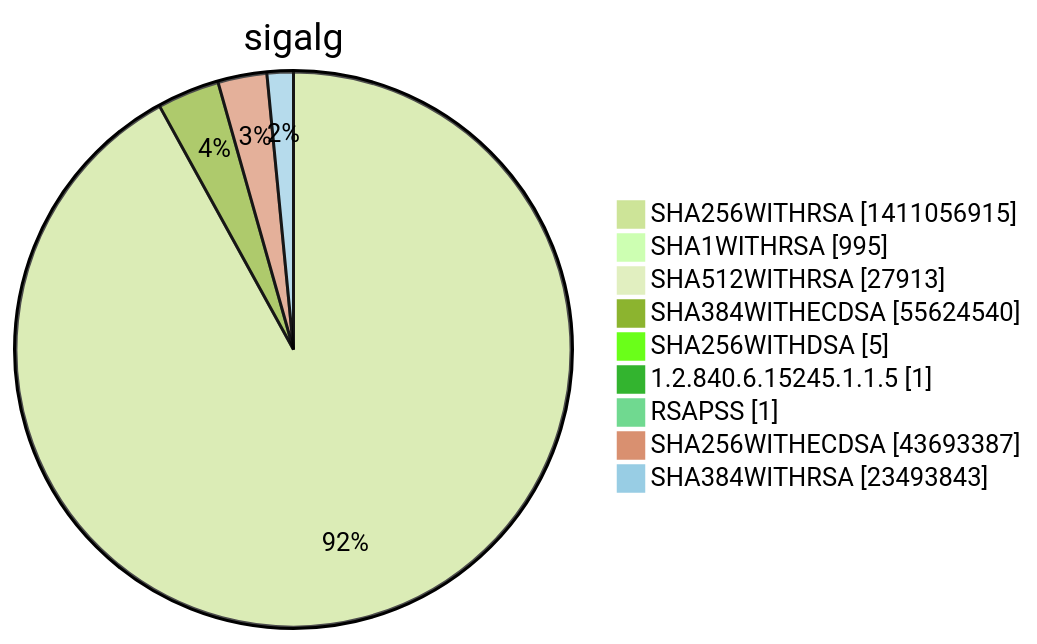
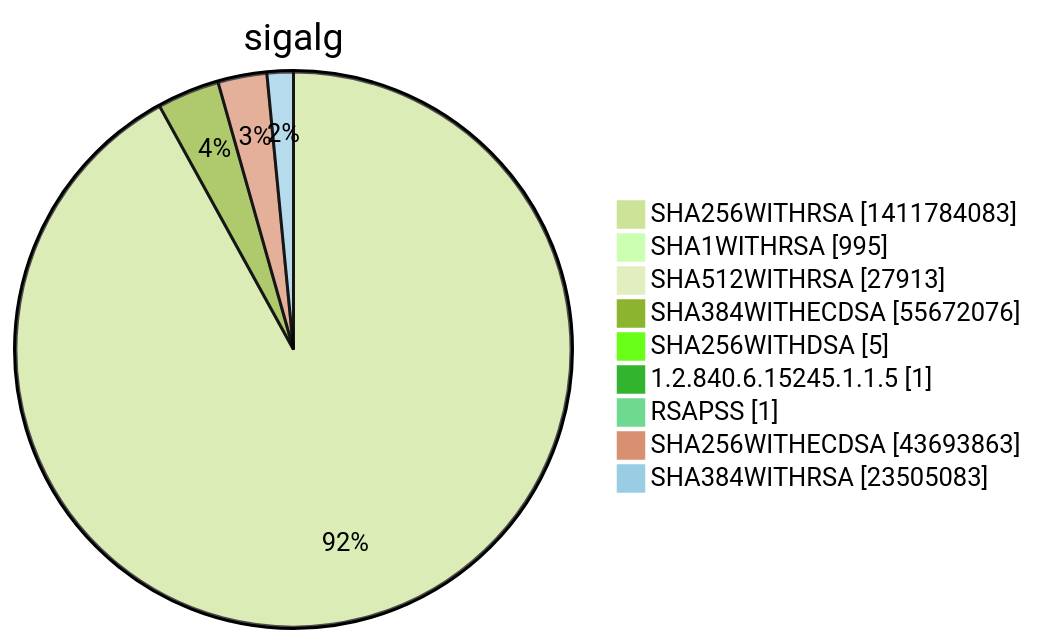
One commit to christiankrug/ctmonitor_visualization changed diagram 15 of 15 in xenon2022/README.md. Above: the diagram before and after it, drawn with Mermaid (forest theme). The commit also changed other lines of this file, not shown here.

````diff
--- a/xenon2022/README.md
+++ b/xenon2022/README.md
@@ -5858,13 +5858,13 @@
 ```mermaid
 pie showData
 title sigalg
-"SHA256WITHRSA" :1411056915
+"SHA256WITHRSA" :1411784083
 "SHA1WITHRSA" :995
 "SHA512WITHRSA" :27913
-"SHA384WITHECDSA" :55624540
+"SHA384WITHECDSA" :55672076
 "SHA256WITHDSA" :5
 "1.2.840.6.15245.1.1.5" :1
 "RSAPSS" :1
-"SHA256WITHECDSA" :43693387
-"SHA384WITHRSA" :23493843
+"SHA256WITHECDSA" :43693863
+"SHA384WITHRSA" :23505083
 ```
````
